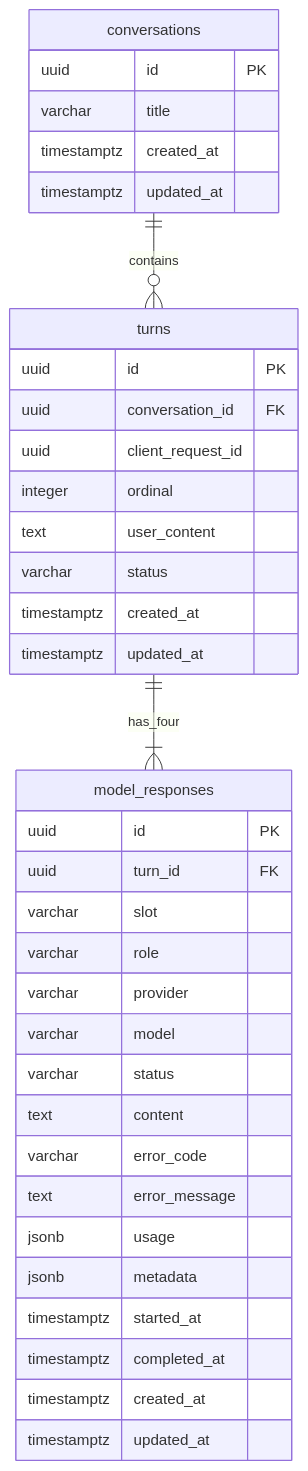
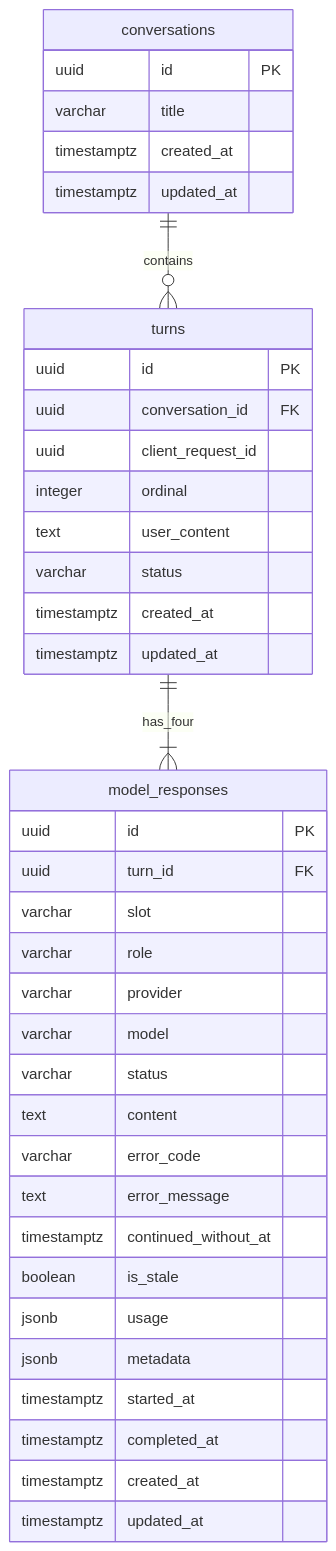
Before and after one commit to junforever/modelfuse: the diagram in specs/001-compare-llm-responses/data-model.md, drawn with Mermaid. The commit also changed other lines of this file and 6 other files, not shown here.

````diff
--- a/specs/001-compare-llm-responses/data-model.md
+++ b/specs/001-compare-llm-responses/data-model.md
@@ -9,39 +9,41 @@
 ```mermaid
 erDiagram
     conversations ||--o{ turns : contains
     turns ||--|{ model_responses : has_four
     conversations {
         uuid id PK
         varchar title
         timestamptz created_at
         timestamptz updated_at
     }
     turns {
         uuid id PK
         uuid conversation_id FK
         uuid client_request_id
         integer ordinal
         text user_content
         varchar status
         timestamptz created_at
         timestamptz updated_at
     }
     model_responses {
         uuid id PK
         uuid turn_id FK
         varchar slot
         varchar role
         varchar provider
         varchar model
         varchar status
         text content
         varchar error_code
         text error_message
+        timestamptz continued_without_at
+        boolean is_stale
         jsonb usage
         jsonb metadata
         timestamptz started_at
         timestamptz completed_at
         timestamptz created_at
         timestamptz updated_at
     }
 ```
````
